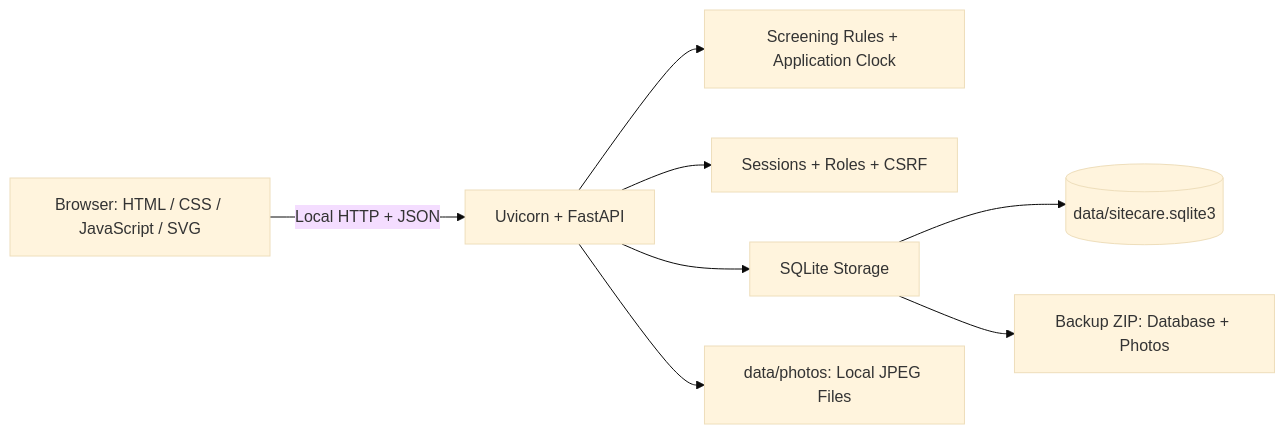
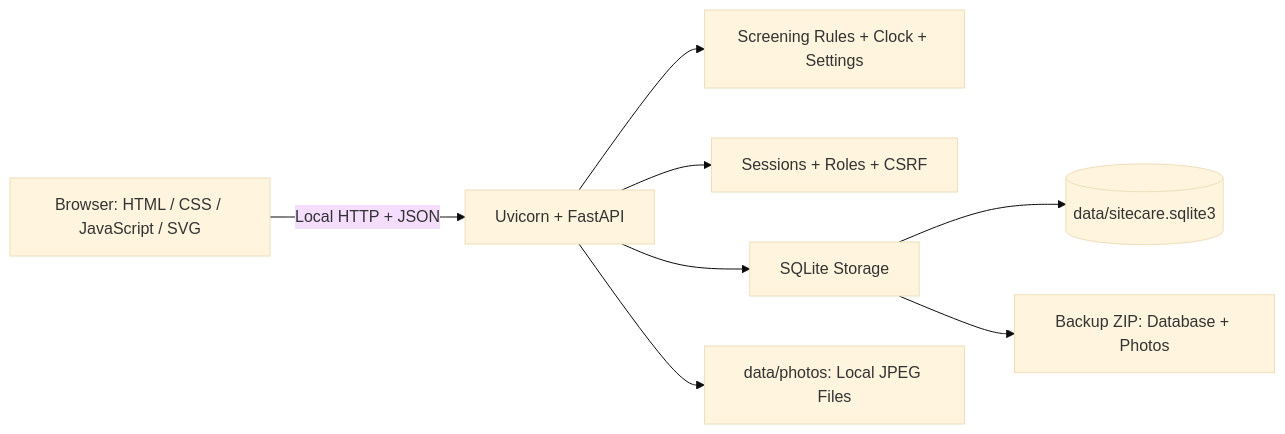
One commit to ShabbirMahmood/SiteCare_Prototype changed the first of 2 diagrams in README.md. Above: the diagram before and after it, drawn with Mermaid (base theme). The commit also changed other lines of this file and 18 other files, not shown here.

````diff
--- a/README.md
+++ b/README.md
@@ -32,10 +32,10 @@
 ```mermaid
 flowchart LR
     Browser["Browser: HTML / CSS / JavaScript / SVG"] -->|"Local HTTP + JSON"| API["Uvicorn + FastAPI"]
-    API --> Rules["Screening Rules + Application Clock"]
+    API --> Rules["Screening Rules + Clock + Settings"]
     API --> Security["Sessions + Roles + CSRF"]
     API --> Storage["SQLite Storage"]
     Storage --> DB[("data/sitecare.sqlite3")]
     API --> Photos["data/photos: Local JPEG Files"]
     Storage --> Backup["Backup ZIP: Database + Photos"]
 ```
````
